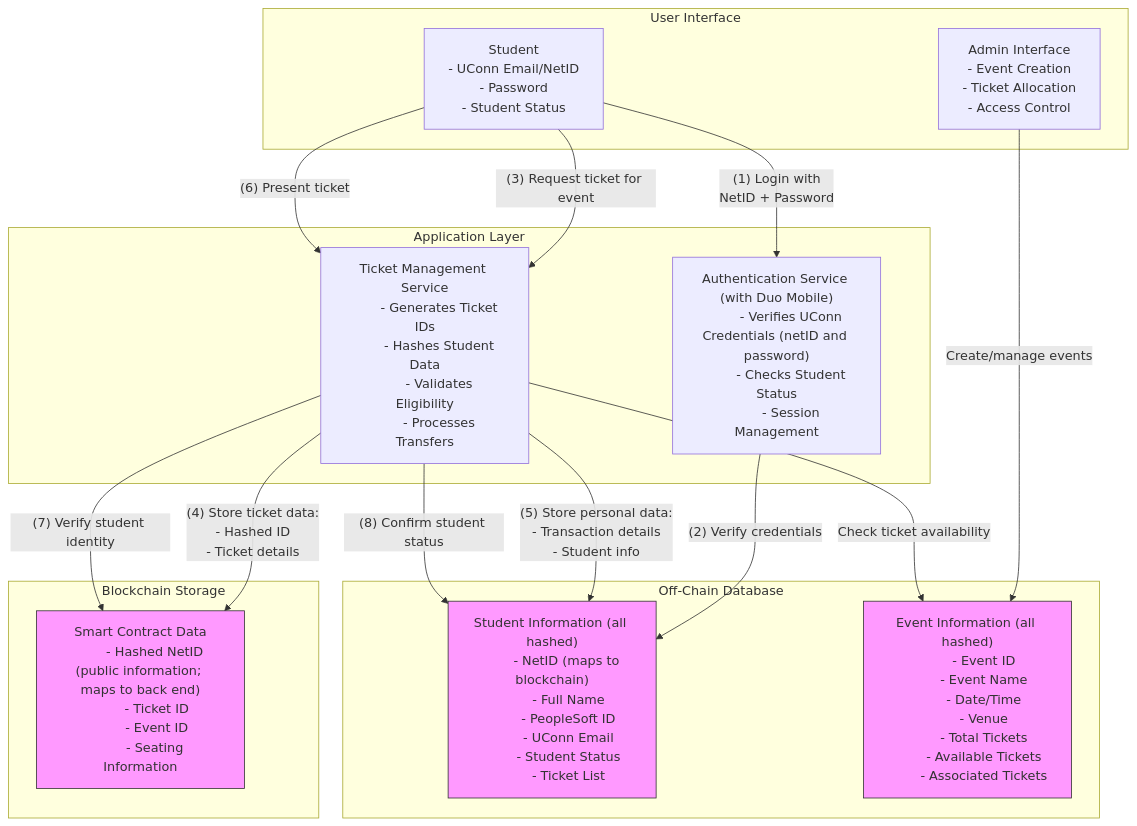
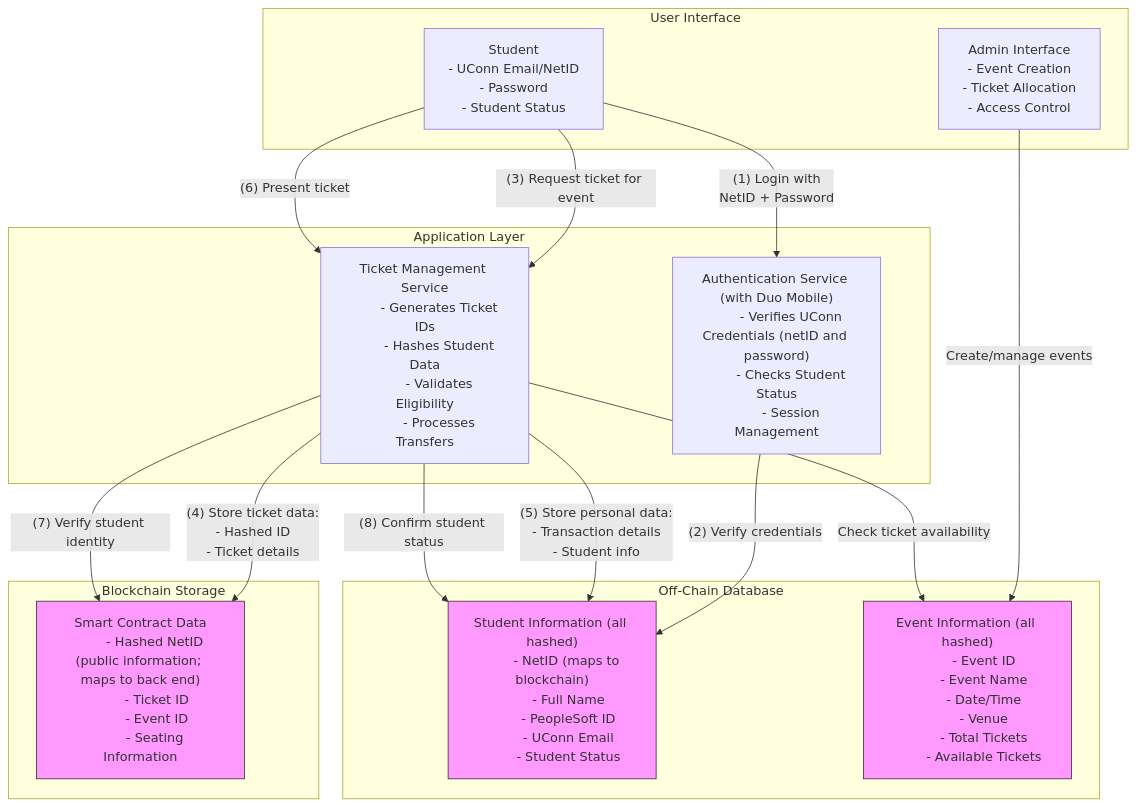
The diagram in docs/dataflow.md (lpep64/Blockchain-Ticketing), drawn with Mermaid before and after one commit.

````diff
--- a/docs/dataflow.md
+++ b/docs/dataflow.md
@@ -2,80 +2,78 @@
 ```mermaid
 flowchart TB
     subgraph UI ["User Interface"]
         Student["Student
         - UConn Email/NetID
         - Password
         - Student Status"]
         AdminUI["Admin Interface
         - Event Creation
         - Ticket Allocation
         - Access Control"]
     end
 
     subgraph Processing ["Application Layer"]
         Auth["Authentication Service (with Duo Mobile)
         - Verifies UConn Credentials (netID and password)
         - Checks Student Status
         - Session Management"]
         
         TicketService["Ticket Management Service
         - Generates Ticket IDs
         - Hashes Student Data
         - Validates Eligibility
         - Processes Transfers"]
     end
 
     subgraph BlockchainStorage ["Blockchain Storage"]
         SmartContract["Smart Contract Data
         - Hashed NetID (public information; maps to back end)
         - Ticket ID
         - Event ID
         - Seating Information"]
     end
 
     subgraph Database ["Off-Chain Database"]
         StudentData["Student Information (all hashed)
         - NetID (maps to blockchain)
         - Full Name
         - PeopleSoft ID
         - UConn Email
-        - Student Status
-        - Ticket List"]
+        - Student Status"]
         
         EventData["Event Information (all hashed)
         - Event ID
         - Event Name
         - Date/Time
         - Venue
         - Total Tickets
-        - Available Tickets
-        - Associated Tickets"]
+        - Available Tickets"]
     end
 
     %% Student flows
     Student -->|"(1) Login with 
     NetID + Password"| Auth
     Auth -->|"(2) Verify credentials"| StudentData
     Student -->|"(3) Request ticket for event"| TicketService
     
     %% Ticket processing
     TicketService -->|"(4) Store ticket data:
     - Hashed ID
     - Ticket details"| SmartContract
     
     TicketService -->|"(5) Store personal data:
     - Transaction details
     - Student info"| StudentData
     
     %% Event data flow
     AdminUI -->|"Create/manage events"| EventData
     TicketService -->|"Check ticket availability"| EventData
     
     %% Verification flow
     Student -->|"(6) Present ticket"| TicketService
     TicketService -->|"(7) Verify student identity"| SmartContract
     TicketService -->|"(8) Confirm student status"| StudentData
 
     classDef storage fill:#f9f,stroke:#333
     class SmartContract,StudentData,EventData storage
 ```
````
